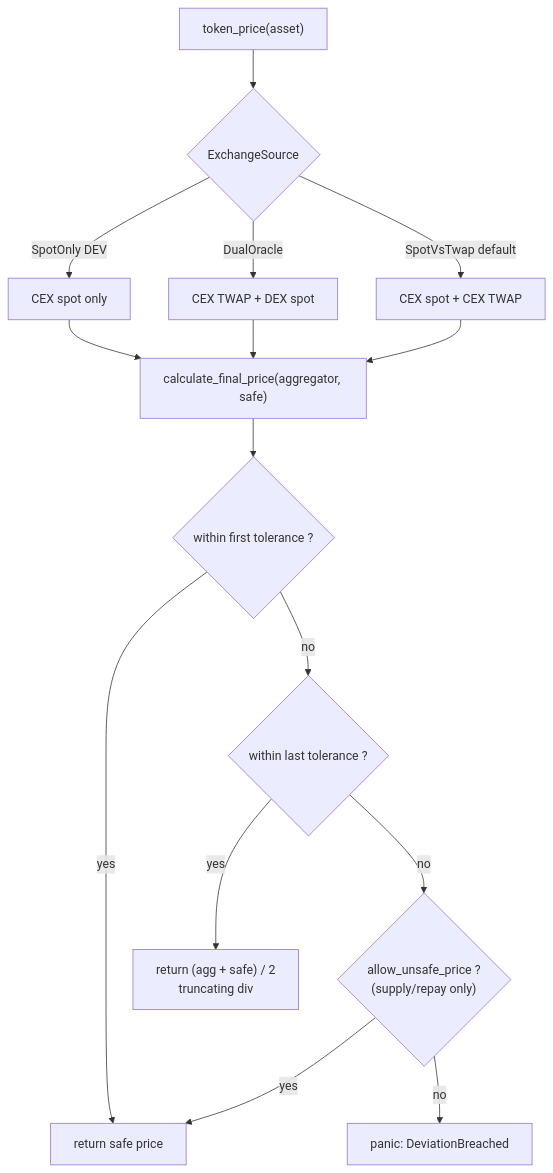
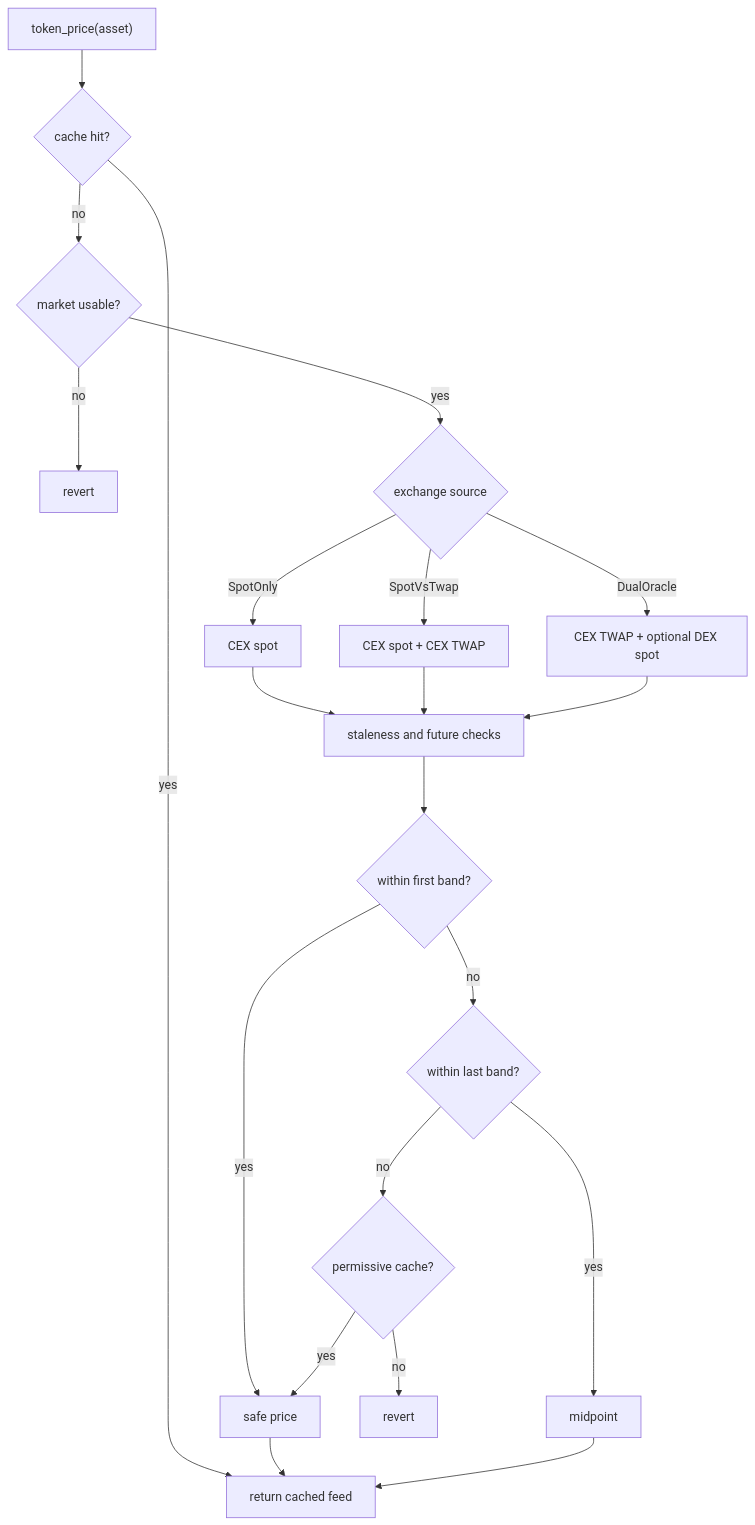
Before and after one commit to XOXNO/rs-lending-xlm: the third of 3 diagrams in architecture/INVARIANTS.md, drawn with Mermaid. The commit also changed other lines of this file and 332 other files, not shown here.

````diff
--- a/architecture/INVARIANTS.md
+++ b/architecture/INVARIANTS.md
@@ -249,17 +350,23 @@
 ```mermaid
 flowchart TD
-    TP["token_price(asset)"] --> SRC{"ExchangeSource"}
-    SRC -->|SpotOnly DEV| CEX["CEX spot only"]
-    SRC -->|DualOracle| DUAL["CEX TWAP + DEX spot"]
-    SRC -->|SpotVsTwap default| SVT["CEX spot + CEX TWAP"]
-    CEX --> FINAL["calculate_final_price(aggregator, safe)"]
-    DUAL --> FINAL
-    SVT --> FINAL
-    FINAL --> T1{"within first tolerance ?"}
-    T1 -->|yes| SAFE["return safe price"]
-    T1 -->|no| T2{"within last tolerance ?"}
-    T2 -->|yes| AVG["return (agg + safe) / 2<br/>truncating div"]
-    T2 -->|no| RISKY{"allow_unsafe_price ?<br/>(supply/repay only)"}
-    RISKY -->|yes| SAFE
-    RISKY -->|no| PANIC["panic: DeviationBreached"]
+    A["token_price(asset)"] --> B{"cache hit?"}
+    B -->|yes| Z["return cached feed"]
+    B -->|no| C{"market usable?"}
+    C -->|no| R1["revert"]
+    C -->|yes| D{"exchange source"}
+    D -->|SpotOnly| S["CEX spot"]
+    D -->|SpotVsTwap| T["CEX spot + CEX TWAP"]
+    D -->|DualOracle| U["CEX TWAP + optional DEX spot"]
+    S --> E["staleness and future checks"]
+    T --> E
+    U --> E
+    E --> F{"within first band?"}
+    F -->|yes| G["safe price"]
+    F -->|no| H{"within last band?"}
+    H -->|yes| I["midpoint"]
+    H -->|no| J{"permissive cache?"}
+    J -->|yes| G
+    J -->|no| R2["revert"]
+    G --> Z
+    I --> Z
 ```
````
